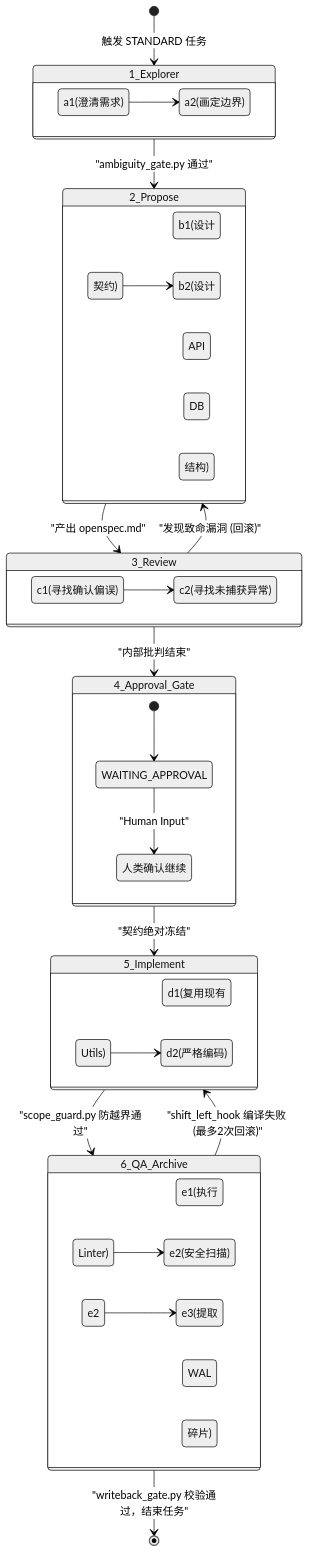
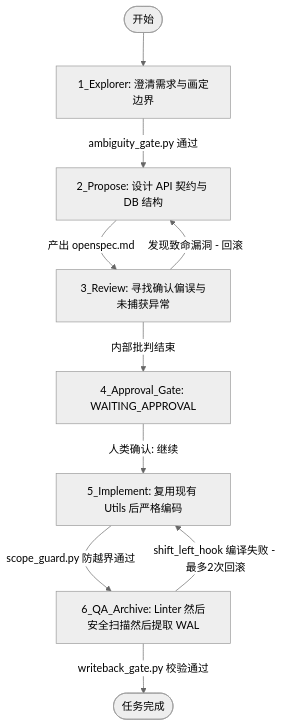
One commit to listener-He/java-harness-agent changed the third of 5 diagrams in ENGINEERING_MANUAL_zh.md. Above: the diagram before and after it, drawn with Mermaid (neutral theme). The commit also changed other lines of this file and 3 other files, not shown here.

````diff
--- a/ENGINEERING_MANUAL_zh.md
+++ b/ENGINEERING_MANUAL_zh.md
@@ -150,50 +150,18 @@
 ```mermaid
-stateDiagram-v2
-    [*] --> 1_Explorer: 触发 STANDARD 任务
-    
-    state 1_Explorer {
-        direction LR
-        a1(澄清需求) --> a2(画定边界)
-    }
-    
-    1_Explorer --> 2_Propose: "ambiguity_gate.py 通过"
-    
-    state 2_Propose {
-        direction LR
-        b1(设计 API 契约) --> b2(设计 DB 结构)
-    }
-    
-    2_Propose --> 3_Review: "产出 openspec.md"
-    
-    state 3_Review {
-        direction LR
-        c1(寻找确认偏误) --> c2(寻找未捕获异常)
-    }
-    
-    3_Review --> 4_Approval_Gate: "内部批判结束"
-    3_Review --> 2_Propose: "发现致命漏洞 (回滚)"
-    
-    state 4_Approval_Gate {
-        [*] --> WAITING_APPROVAL
-        WAITING_APPROVAL --> 人类确认继续: "Human Input"
-    }
-    
-    4_Approval_Gate --> 5_Implement: "契约绝对冻结"
-    
-    state 5_Implement {
-        direction LR
-        d1(复用现有 Utils) --> d2(严格编码)
-    }
-    
-    5_Implement --> 6_QA_Archive: "scope_guard.py 防越界通过"
-    
-    6_QA_Archive --> 5_Implement: "shift_left_hook 编译失败 (最多2次回滚)"
-    
-    state 6_QA_Archive {
-        direction LR
-        e1(执行 Linter) --> e2(安全扫描)
-        e2 --> e3(提取 WAL 碎片)
-    }
-    
-    6_QA_Archive --> [*]: "writeback_gate.py 校验通过，结束任务"
+graph TD
+    Start([开始]) --> Phase1[1_Explorer: 澄清需求与画定边界]
+
+    Phase1 -->|ambiguity_gate.py 通过| Phase2[2_Propose: 设计 API 契约与 DB 结构]
+
+    Phase2 -->|产出 openspec.md| Phase3[3_Review: 寻找确认偏误与未捕获异常]
+
+    Phase3 -->|内部批判结束| Gate4[4_Approval_Gate: WAITING_APPROVAL]
+    Phase3 -->|发现致命漏洞 - 回滚| Phase2
+
+    Gate4 -->|人类确认: 继续| Phase5[5_Implement: 复用现有 Utils 后严格编码]
+
+    Phase5 -->|scope_guard.py 防越界通过| Phase6[6_QA_Archive: Linter 然后安全扫描然后提取 WAL]
+
+    Phase6 -->|writeback_gate.py 校验通过| End([任务完成])
+    Phase6 -->|shift_left_hook 编译失败 - 最多2次回滚| Phase5
 ```
````
